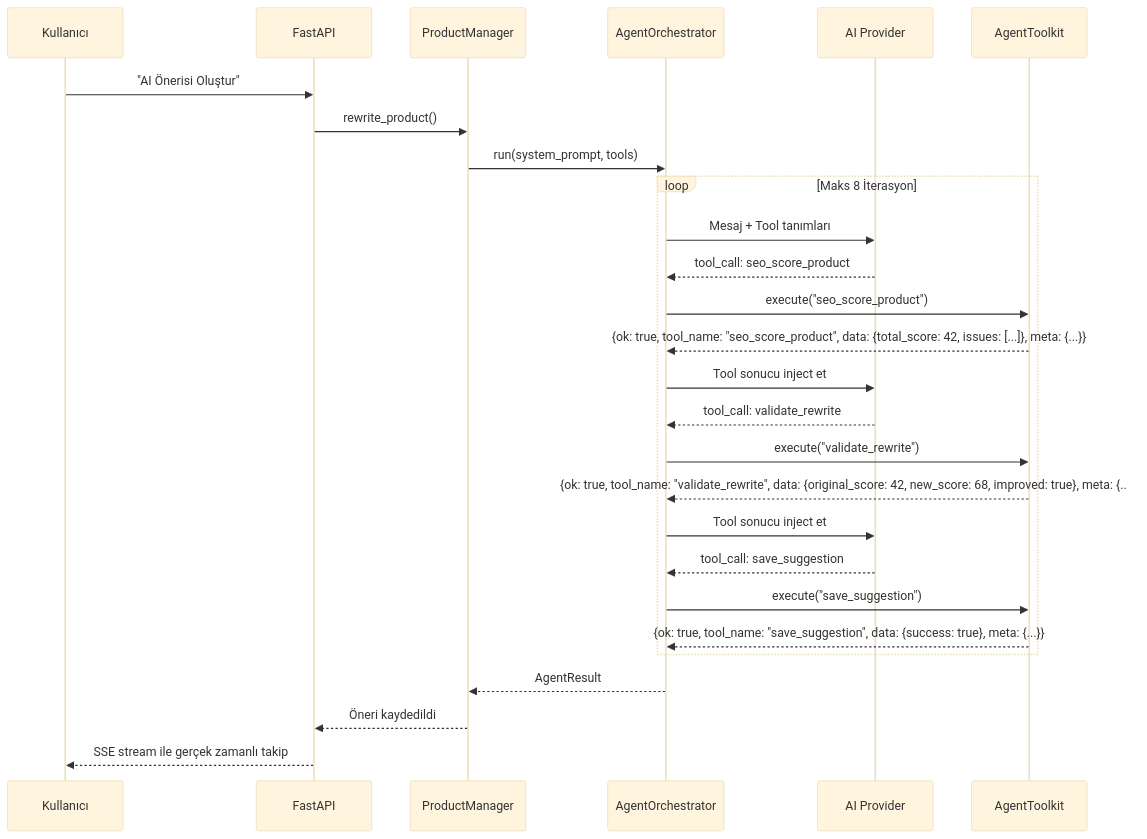
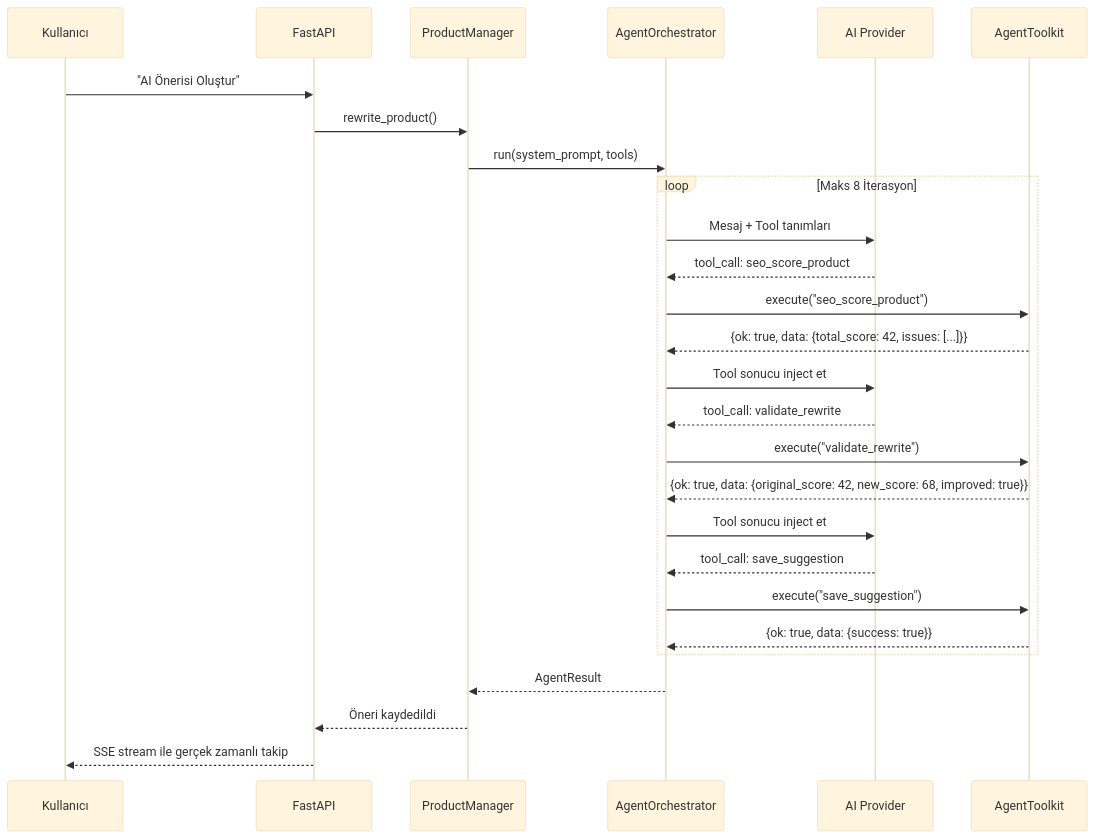
One commit to YigitKa/ikas-ai-seo-agent changed the second of 17 diagrams in README.md. Above: the diagram before and after it, drawn with Mermaid (base theme). The commit also changed other lines of this file and 16 other files, not shown here.

````diff
--- a/README.md
+++ b/README.md
@@ -53,34 +99,34 @@
 ```mermaid
 sequenceDiagram
     participant U as Kullanıcı
     participant API as FastAPI
     participant PM as ProductManager
     participant AO as AgentOrchestrator
     participant LLM as AI Provider
     participant T as AgentToolkit
 
     U->>API: "AI Önerisi Oluştur"
     API->>PM: rewrite_product()
     PM->>AO: run(system_prompt, tools)
 
     loop Maks 8 İterasyon
         AO->>LLM: Mesaj + Tool tanımları
         LLM-->>AO: tool_call: seo_score_product
         AO->>T: execute("seo_score_product")
-        T-->>AO: {ok: true, tool_name: "seo_score_product", data: {total_score: 42, issues: [...]}, meta: {...}}
+        T-->>AO: {ok: true, data: {total_score: 42, issues: [...]}}
         AO->>LLM: Tool sonucu inject et
 
         LLM-->>AO: tool_call: validate_rewrite
         AO->>T: execute("validate_rewrite")
-        T-->>AO: {ok: true, tool_name: "validate_rewrite", data: {original_score: 42, new_score: 68, improved: true}, meta: {...}}
+        T-->>AO: {ok: true, data: {original_score: 42, new_score: 68, improved: true}}
         AO->>LLM: Tool sonucu inject et
 
         LLM-->>AO: tool_call: save_suggestion
         AO->>T: execute("save_suggestion")
-        T-->>AO: {ok: true, tool_name: "save_suggestion", data: {success: true}, meta: {...}}
+        T-->>AO: {ok: true, data: {success: true}}
     end
 
     AO-->>PM: AgentResult
     PM-->>API: Öneri kaydedildi
     API-->>U: SSE stream ile gerçek zamanlı takip
 ```
````
